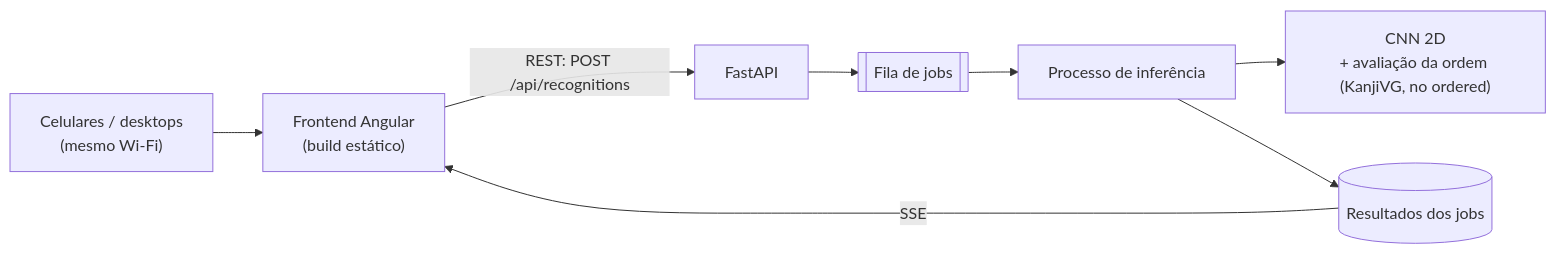
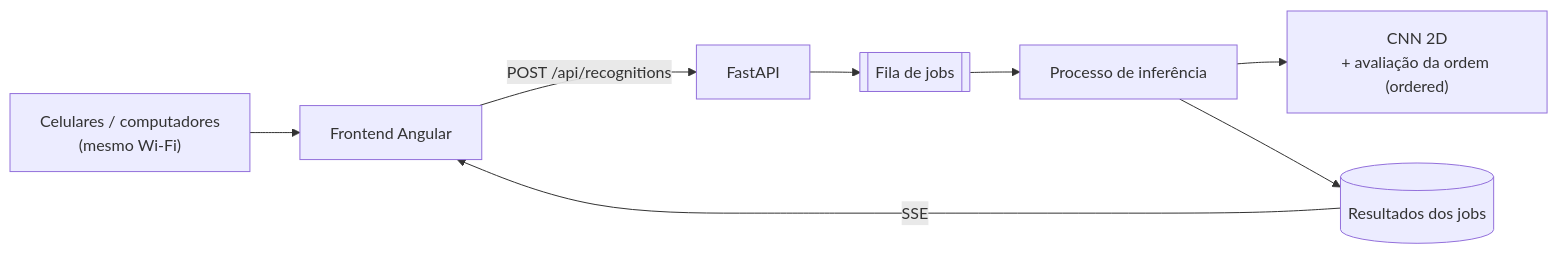
The first of 2 diagrams in docs/ARCHITECTURE.md (Asuka-Jyuku/kanji-lens), drawn with Mermaid before and after one commit. The commit also changed other lines of this file and 9 other files, not shown here.

````diff
--- a/docs/ARCHITECTURE.md
+++ b/docs/ARCHITECTURE.md
@@ -37,10 +26,10 @@
 ```mermaid
 flowchart LR
-    clients["Celulares / desktops<br/>(mesmo Wi-Fi)"] --> fe["Frontend Angular<br/>(build estático)"]
-    fe -- "REST: POST /api/recognitions" --> api["FastAPI"]
+    clients["Celulares / computadores<br/>(mesmo Wi-Fi)"] --> fe["Frontend Angular"]
+    fe -- "POST /api/recognitions" --> api["FastAPI"]
     api --> queue[["Fila de jobs"]]
     queue --> inf["Processo de inferência"]
-    inf --> model["CNN 2D<br/>+ avaliação da ordem (KanjiVG, no ordered)"]
+    inf --> model["CNN 2D<br/>+ avaliação da ordem (ordered)"]
     inf --> store[("Resultados dos jobs")]
     store -- "SSE" --> fe
 ```
````
